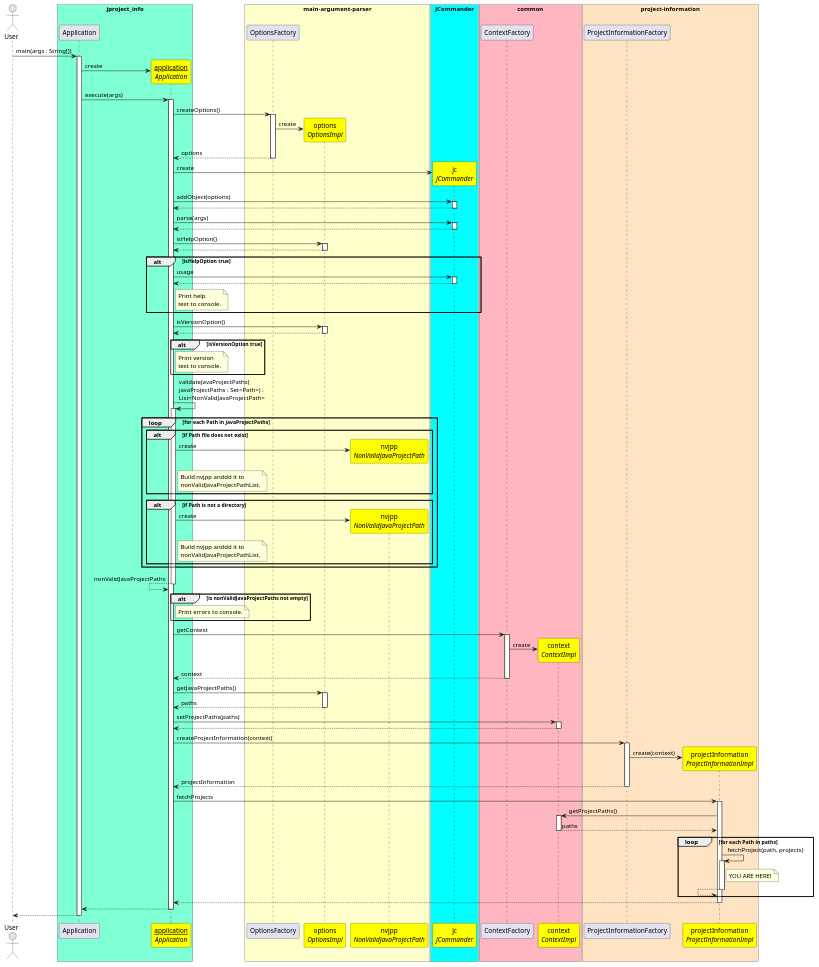
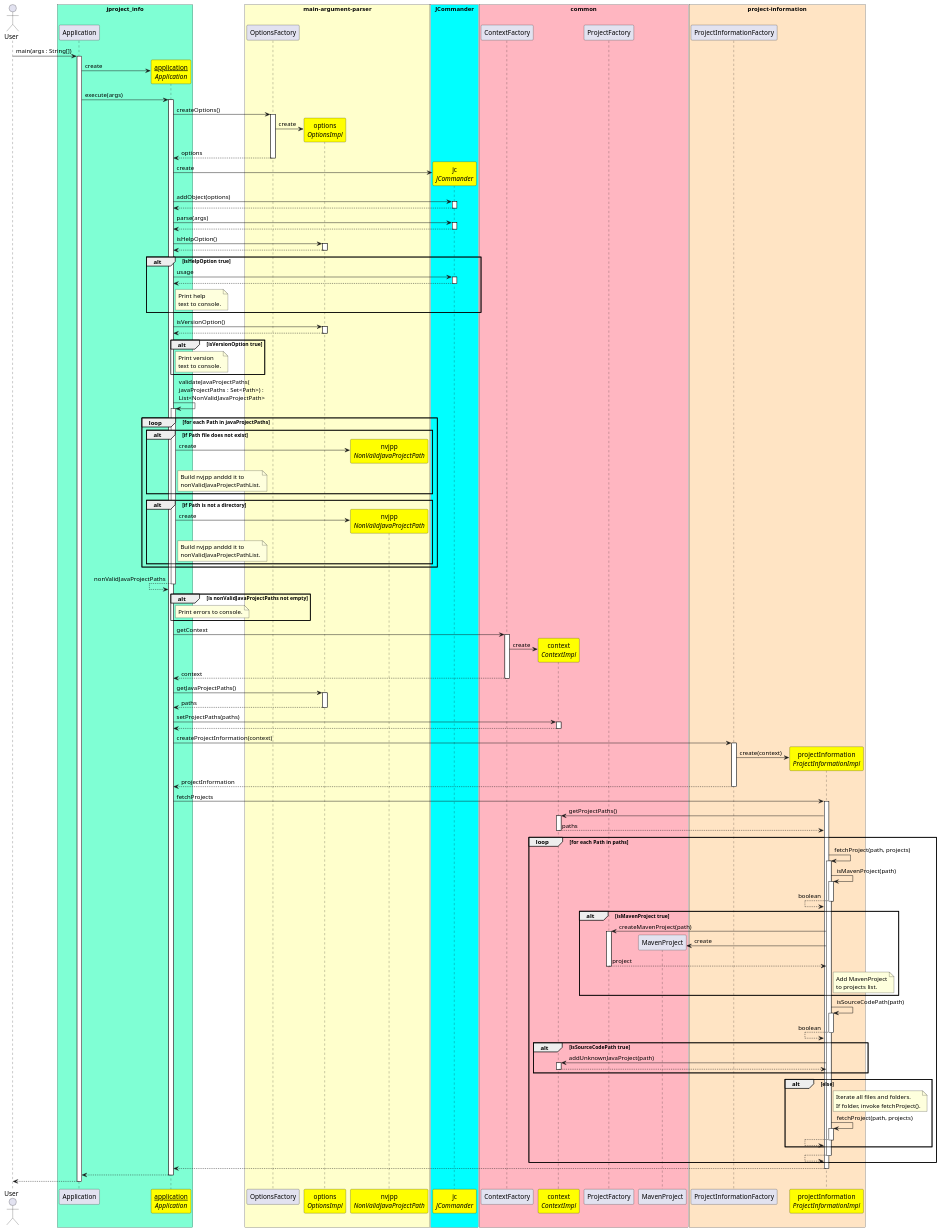
One commit to teinelund/jproject-info changed the diagram in sequencediagra.puml. Above: the diagram before and after it, drawn with PlantUML. The commit also changed 21 other files, not shown here.

Commit message:
Moved all source files to jproject_info_main module.

```diff
--- a/sequencediagra.puml
+++ b/sequencediagra.puml
@@ -1,131 +1,157 @@
 @startuml
 autoactivate on
 
 actor User
 participant "__application__\n//Application//" as Application1 #Yellow
 participant "options\n//OptionsImpl//" as OptionsImpl1 #Yellow
 participant "jc\n//JCommander//" as JCommander1 #Yellow
 participant "nvjpp\n//NonValidJavaProjectPath//" as NonValidJavaProjectPath1 #Yellow
 participant "context\n//ContextImpl//" as ContextImpl1 #Yellow
 participant "projectInformation\n//ProjectInformationImpl//" as ProjectInformationImpl1 #Yellow
 
 box "jproject_info" #Aquamarine
 participant Application
 participant Application1
 end box
 
 box "main-argument-parser" #Business
 participant OptionsFactory
 participant OptionsImpl1
 participant NonValidJavaProjectPath1
 end box
 
 box "JCommander" #Cyan
 participant JCommander1
 end box
 
 box "common" #LightPink
 participant ContextFactory
 participant ContextImpl1
+participant ProjectFactory
+participant MavenProject
 end box
 
 box "project-information" #Bisque
 participant ProjectInformationFactory
 participant ProjectInformationImpl1
 end box
 
 User -> Application : main(args : String[])
 
 Application -> Application1 ** : create
 Application -> Application1 : execute(args)
 
 Application1 -> OptionsFactory : createOptions()
 OptionsFactory -> OptionsImpl1 ** : create
 Application1 <-- OptionsFactory : options
 
 Application1 -> JCommander1 ** : create
 Application1 -> JCommander1 : addObject(options)
 Application1 <-- JCommander1
 
 ' Parse command line argumets
 Application1 -> JCommander1 : parse(args)
 Application1 <-- JCommander1
 
 ' Is help of version options ivoked?
 Application1 -> OptionsImpl1 : isHelpOption()
 Application1 <-- OptionsImpl1
 
 alt isHelpOption true
 
     Application1 -> JCommander1 : usage
     Application1 <-- JCommander1
 
     note right of Application1: Print help\ntext to console.
 
 end
 
 Application1 -> OptionsImpl1 : isVersionOption()
 Application1 <-- OptionsImpl1
 
 alt isVersionOption true
     note right of Application1: Print version\ntext to console.
 end
 
 ' Business logic
 Application1 -> Application1 : validateJavaProjectPaths(\njavaProjectPaths : Set<Path>) : \nList<NonValidJavaProjectPath>
 
     loop for each Path in javaProjectPaths
         alt if Path file does not exist
             Application1 -> NonValidJavaProjectPath1 ** : create
 
             note right of Application1: Build nvjpp and\add it to\nnonValidJavaProjectPathList.
         end
 
         alt if Path is not a directory
             Application1 -> NonValidJavaProjectPath1 ** : create
 
             note right of Application1: Build nvjpp and\add it to\nnonValidJavaProjectPathList.
         end
     end
 
 Application1 <-- Application1 : nonValidJavaProjectPaths
 
 alt is nonValidJavaProjectPaths not empty
     note right of Application1: Print errors to console.
 end
 
 Application1 -> ContextFactory : getContext
 ContextFactory -> ContextImpl1 ** : create
 Application1 <-- ContextFactory : context
 
 Application1 -> OptionsImpl1 : getJavaProjectPaths()
 Application1 <-- OptionsImpl1 : paths
 
 Application1 -> ContextImpl1 : setProjectPaths(paths)
 Application1 <-- ContextImpl1
 
 Application1 -> ProjectInformationFactory : createProjectInformation(context)
 ProjectInformationFactory -> ProjectInformationImpl1 ** : create(context)
 Application1 <-- ProjectInformationFactory : projectInformation
 
 ' Fetch Projects
 Application1 -> ProjectInformationImpl1 : fetchProjects
 ProjectInformationImpl1 -> ContextImpl1 : getProjectPaths()
 ProjectInformationImpl1 <-- ContextImpl1 : paths
 
 loop for each Path in paths
     ProjectInformationImpl1 -> ProjectInformationImpl1 : fetchProject(path, projects)
 
-        note right of ProjectInformationImpl1: YOU ARE HERE!
+        ProjectInformationImpl1 -> ProjectInformationImpl1 : isMavenProject(path)
+        ProjectInformationImpl1 <-- ProjectInformationImpl1 : boolean
+
+        alt isMavenProject true
+            ProjectInformationImpl1 -> ProjectFactory : createMavenProject(path)
+            ProjectInformationImpl1 -> MavenProject ** : create
+            ProjectInformationImpl1 <-- ProjectFactory : project
+
+            note right of ProjectInformationImpl1: Add MavenProject\nto projects list.
+        end
+
+        ProjectInformationImpl1 -> ProjectInformationImpl1 : isSourceCodePath(path)
+        ProjectInformationImpl1 <-- ProjectInformationImpl1 : boolean
+
+        alt isSourceCodePath true
+            ProjectInformationImpl1 -> ContextImpl1 : addUnknownJavaProject(path)
+            ProjectInformationImpl1 <-- ContextImpl1
+        end
+
+        alt else
+            note right of ProjectInformationImpl1: Iterate all files and folders.\nIf folder, invoke fetchProject().
+            ProjectInformationImpl1 -> ProjectInformationImpl1 : fetchProject(path, projects)
+            ProjectInformationImpl1 <-- ProjectInformationImpl1
+        end
+        
 
     ProjectInformationImpl1 <-- ProjectInformationImpl1
 end
 
 Application1 <-- ProjectInformationImpl1
 ' End of Fetch Project
 
 
 Application <-- Application1
 
 User <-- Application
 @enduml
```
